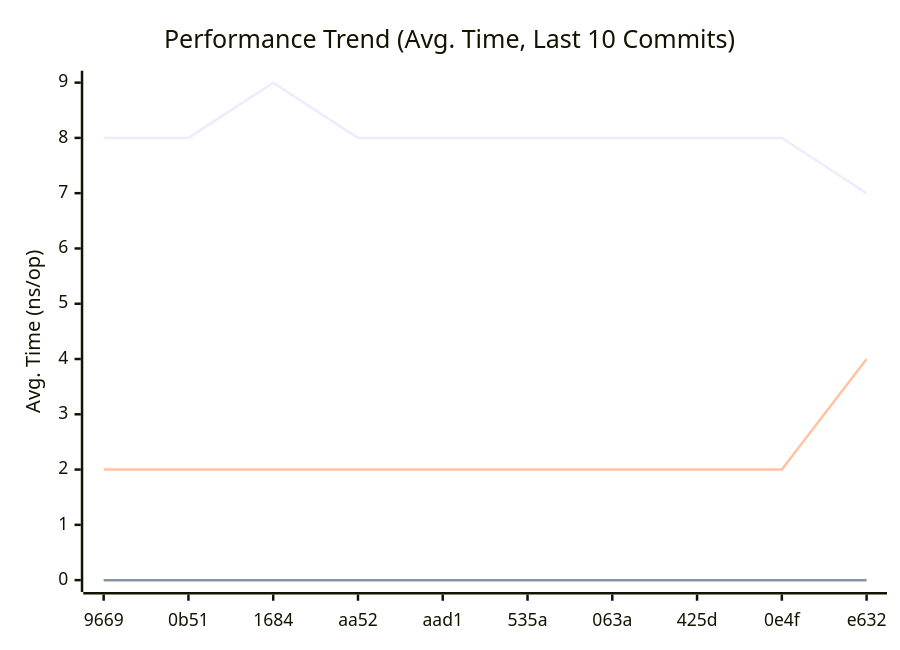
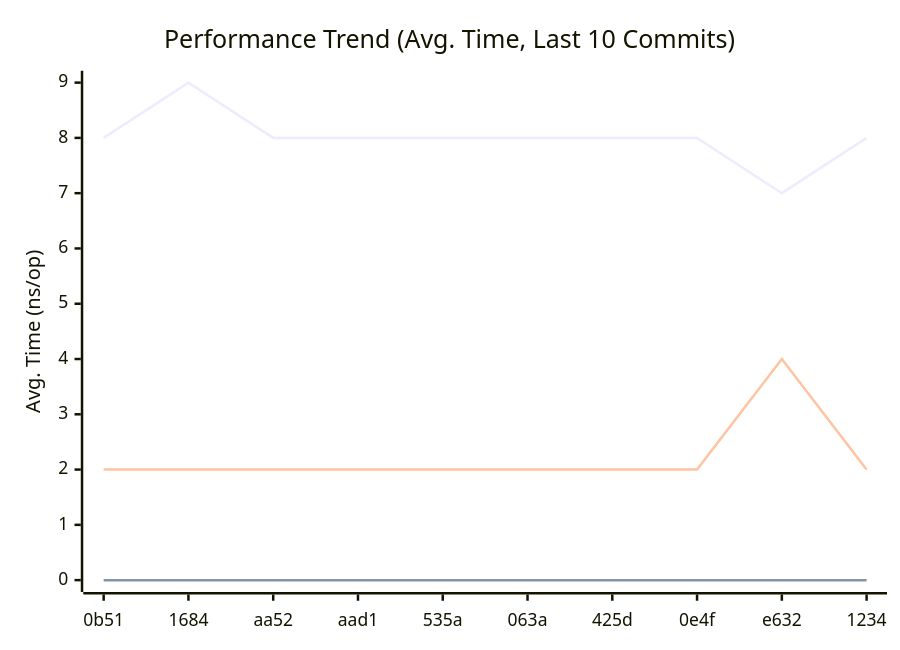
The first of 3 diagrams in doc/README.md (alsotoes/momo), drawn with Mermaid before and after one commit. The commit also changed other lines of this file and 1 other file, not shown here.

````diff
--- a/doc/README.md
+++ b/doc/README.md
@@ -290,10 +290,10 @@
 ```mermaid
 xychart-beta
     title "Performance Trend (Avg. Time, Last 10 Commits)"
     x-axis "Commit"
     y-axis "Avg. Time (ns/op)"
-    x-axis [9669,0b51,1684,aa52,aad1,535a,063a,425d,0e4f,e632]
-    line "CheckMetricsAndSwap" [8,8,9,8,8,8,8,8,8,7]
+    x-axis [0b51,1684,aa52,aad1,535a,063a,425d,0e4f,e632,1234]
+    line "CheckMetricsAndSwap" [8,9,8,8,8,8,8,8,7,8]
     line "IndexDirectTracking" [0,0,0,0,0,0,0,0,0,0]
-    line "IndexSearch" [2,2,2,2,2,2,2,2,2,4]
+    line "IndexSearch" [2,2,2,2,2,2,2,2,4,2]
 ```
````
